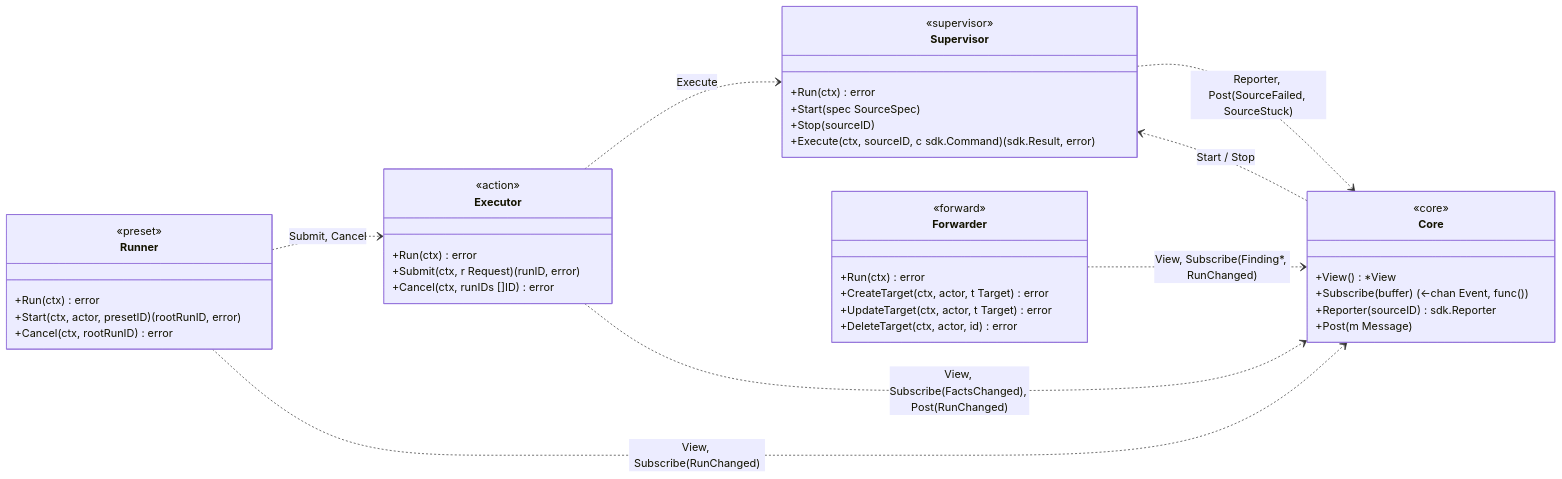
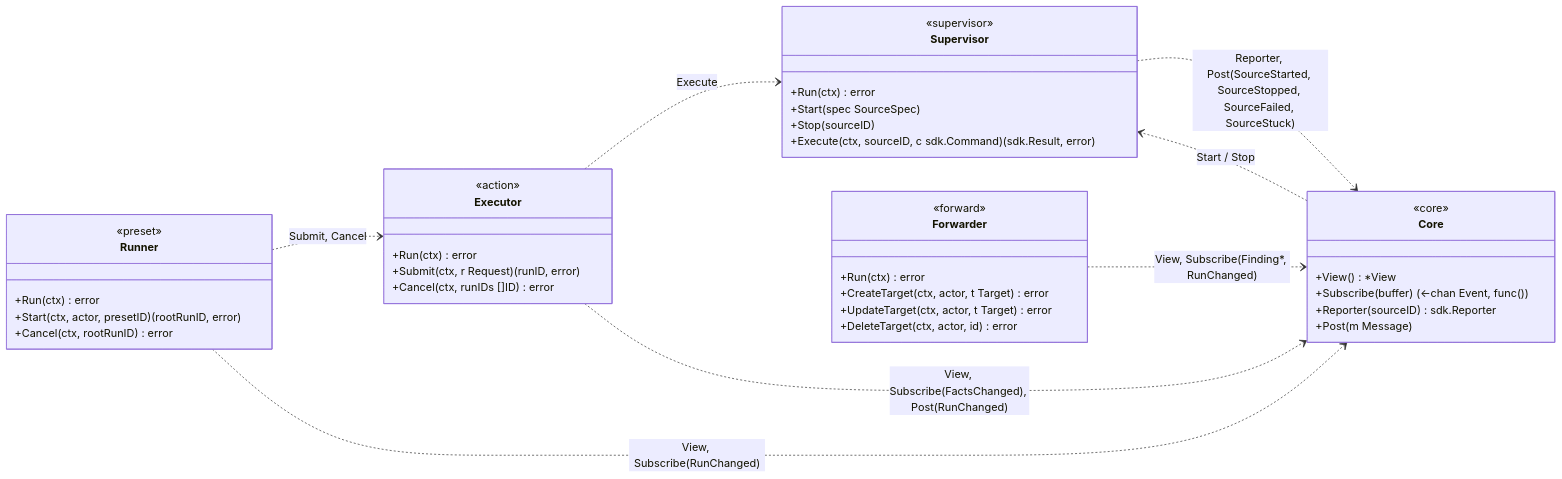
One commit to lukirs95/monika changed the first of 5 diagrams in docs/contracts/services.md. Above: the diagram before and after it, drawn with Mermaid. The commit also changed other lines of this file and 8 other files, not shown here.

First line of the commit message:
docs: apply architecture audit to contracts, API and status

````diff
--- a/docs/contracts/services.md
+++ b/docs/contracts/services.md
@@ -9,46 +9,46 @@
 ```mermaid
 classDiagram
     direction LR
 
     class Supervisor {
         <<supervisor>>
         +Run(ctx) error
         +Start(spec SourceSpec)
         +Stop(sourceID)
         +Execute(ctx, sourceID, c sdk.Command) (sdk.Result, error)
     }
     class Executor {
         <<action>>
         +Run(ctx) error
         +Submit(ctx, r Request) (runID, error)
         +Cancel(ctx, runIDs []ID) error
     }
     class Runner {
         <<preset>>
         +Run(ctx) error
         +Start(ctx, actor, presetID) (rootRunID, error)
         +Cancel(ctx, rootRunID) error
     }
     class Forwarder {
         <<forward>>
         +Run(ctx) error
         +CreateTarget(ctx, actor, t Target) error
         +UpdateTarget(ctx, actor, t Target) error
         +DeleteTarget(ctx, actor, id) error
     }
     class Core {
         <<core>>
         +View() *View
         +Subscribe(buffer) (<-chan Event, func())
         +Reporter(sourceID) sdk.Reporter
         +Post(m Message)
     }
 
-    Supervisor ..> Core : Reporter, Post(SourceFailed, SourceStuck)
+    Supervisor ..> Core : Reporter, Post(SourceStarted, SourceStopped, SourceFailed, SourceStuck)
     Core ..> Supervisor : Start / Stop
     Executor ..> Supervisor : Execute
     Executor ..> Core : View, Subscribe(FactsChanged), Post(RunChanged)
     Runner ..> Executor : Submit, Cancel
     Runner ..> Core : View, Subscribe(RunChanged)
     Forwarder ..> Core : View, Subscribe(Finding*, RunChanged)
 ```
````
